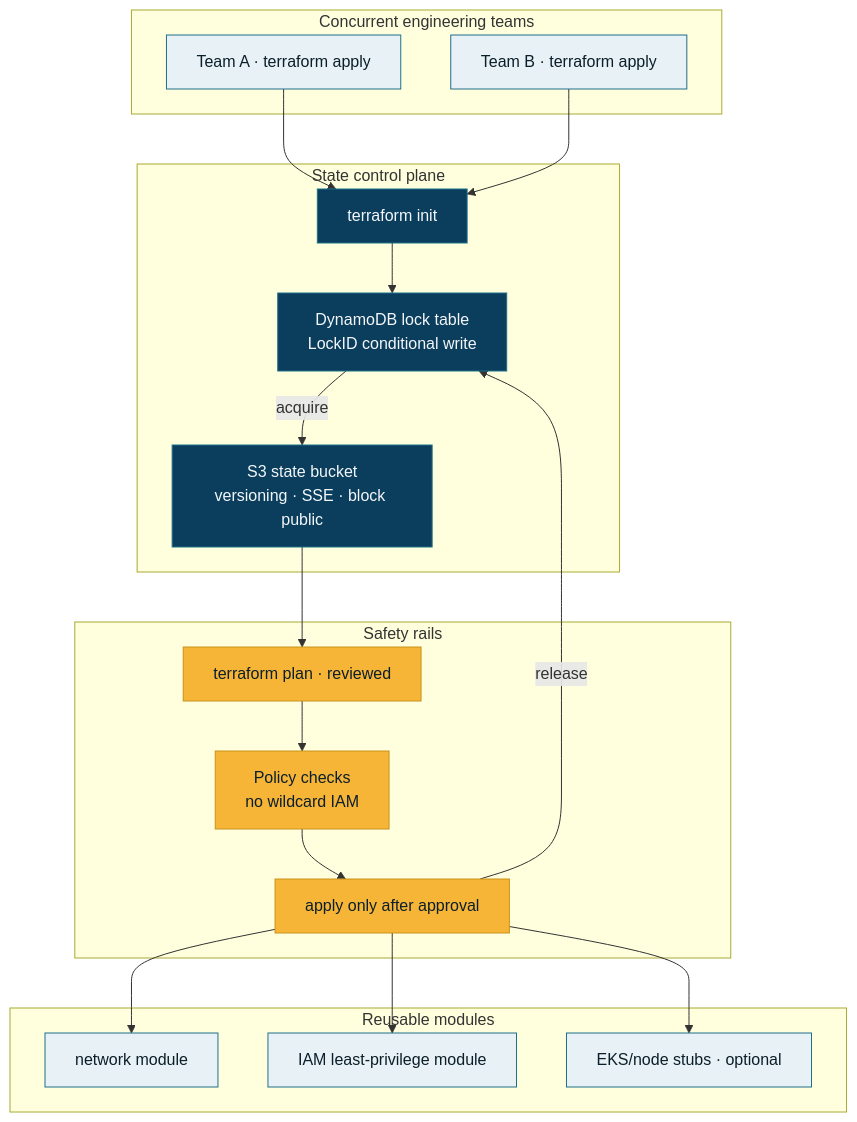
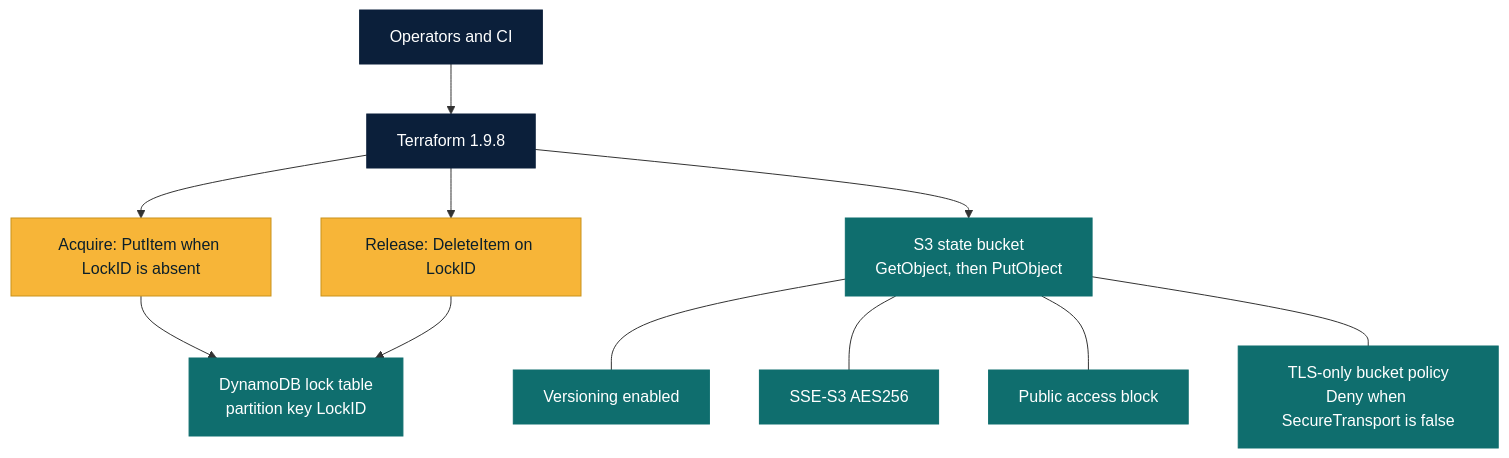
Before and after one commit to Anjali-Dwivedi/devops-resume-portfolio: the diagram in docs/architecture/sources/03-terraform-remote-state.mmd, drawn with Mermaid. The commit also changed 59 other files, not shown here.

```diff
--- a/docs/architecture/sources/03-terraform-remote-state.mmd
+++ b/docs/architecture/sources/03-terraform-remote-state.mmd
@@ -1,41 +1,27 @@
 %%{init: {"flowchart": {"htmlLabels": true, "curve": "basis"}}}%%
 flowchart TB
-  subgraph Teams["Concurrent engineering teams"]
-    T1[Team A · terraform apply]
-    T2[Team B · terraform apply]
-  end
+  classDef control fill:#0B1F3A,color:#ffffff,stroke:#0B1F3A
+  classDef data fill:#0F6E6E,color:#ffffff,stroke:#0F6E6E
+  classDef decision fill:#F7B538,color:#0B1F2A,stroke:#C9921A
 
-  subgraph Control["State control plane"]
-    INIT[terraform init]
-    LOCK[DynamoDB lock table<br/>LockID conditional write]
-    STATE[S3 state bucket<br/>versioning · SSE · block public]
-  end
+  operators["Operators and CI"]:::control
+  terraform["Terraform 1.9.8"]:::control
+  table["DynamoDB lock table<br/>partition key LockID"]:::data
+  acquire["Acquire: PutItem when LockID is absent"]:::decision
+  release["Release: DeleteItem on LockID"]:::decision
+  bucket["S3 state bucket<br/>GetObject, then PutObject"]:::data
+  versioning["Versioning enabled"]:::data
+  sse["SSE-S3 AES256"]:::data
+  public["Public access block"]:::data
+  tls["TLS-only bucket policy<br/>Deny when SecureTransport is false"]:::data
 
-  subgraph Modules["Reusable modules"]
-    VPC[network module]
-    IAM[IAM least-privilege module]
-    EKS[EKS/node stubs · optional]
-  end
-
-  subgraph Safety["Safety rails"]
-    PLAN[terraform plan · reviewed]
-    POLICY[Policy checks<br/>no wildcard IAM]
-    APPLY[apply only after approval]
-  end
-
-  T1 --> INIT
-  T2 --> INIT
-  INIT --> LOCK
-  LOCK -->|acquire| STATE
-  STATE --> PLAN --> POLICY --> APPLY
-  APPLY --> VPC
-  APPLY --> IAM
-  APPLY --> EKS
-  APPLY -->|release| LOCK
-
-  classDef actor fill:#E8F1F5,stroke:#1F6F8B,color:#0B1F2A
-  classDef core fill:#0B3D5C,stroke:#1F6F8B,color:#F4F7FA
-  classDef safe fill:#F7B538,stroke:#C9921A,color:#0B1F2A
-  class T1,T2,VPC,IAM,EKS actor
-  class INIT,LOCK,STATE core
-  class PLAN,POLICY,APPLY safe
+  operators --> terraform
+  terraform --> acquire
+  acquire --> table
+  terraform --> bucket
+  terraform --> release
+  release --> table
+  bucket --- versioning
+  bucket --- sse
+  bucket --- public
+  bucket --- tls
```
